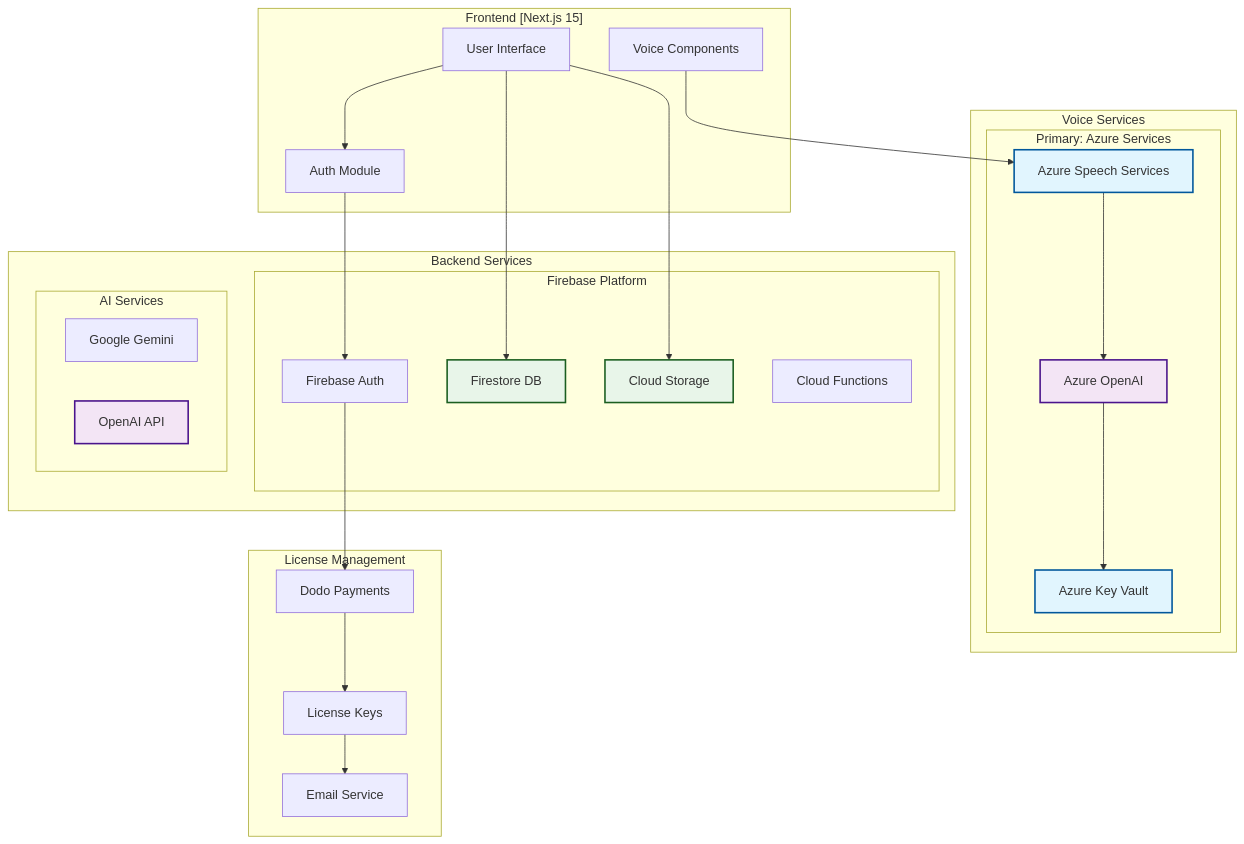
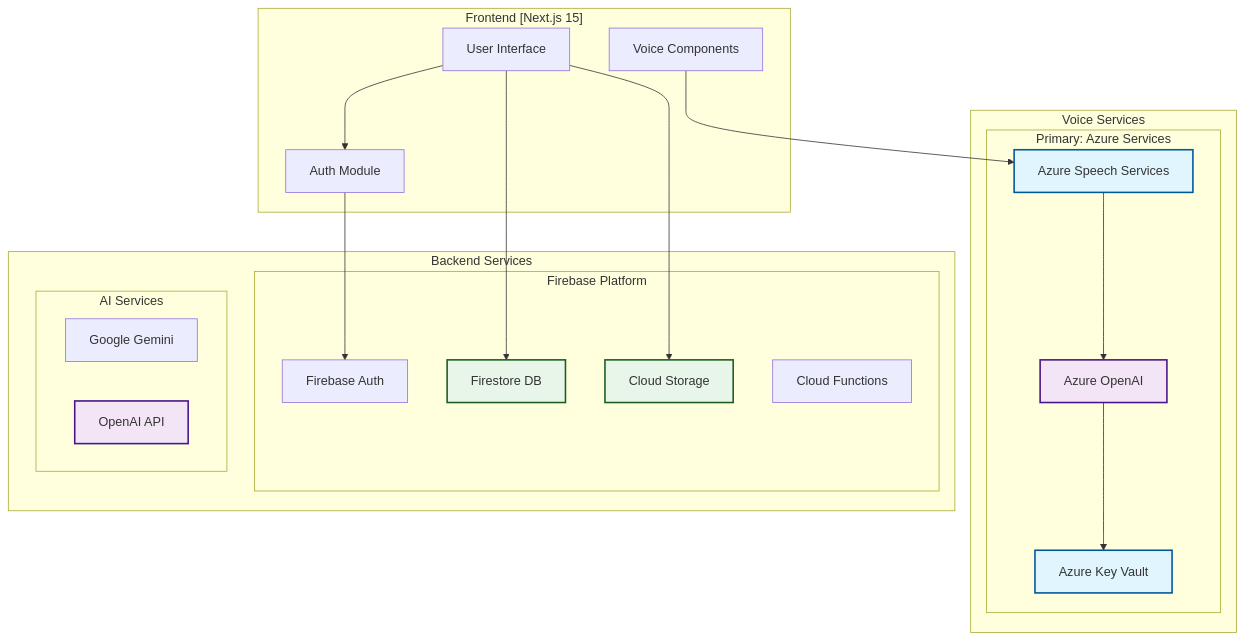
The diagram in README.md (DikshantV/PrepBettr), drawn with Mermaid before and after one commit. The commit also changed other lines of this file and 40 other files, not shown here.

````diff
--- a/README.md
+++ b/README.md
@@ -7,65 +7,55 @@
 ```mermaid
 graph TB
     %% User Interface Layer
     subgraph "Frontend [Next.js 15]"
         UI[User Interface]
         VC[Voice Components]
         Auth[Auth Module]
     end
     
     %% Voice & AI Services
     subgraph "Voice Services"
         subgraph "Primary: Azure Services"
             ASS[Azure Speech Services]
             AOA[Azure OpenAI]
             AKV[Azure Key Vault]
         end
         
     end
     
     %% Backend Services
     subgraph "Backend Services"
         subgraph "Firebase Platform"
             FA[Firebase Auth]
             FS[Firestore DB]
             FCS[Cloud Storage]
             FCF[Cloud Functions]
         end
         
         subgraph "AI Services"
             GG[Google Gemini]
             OAI[OpenAI API]
         end
     end
     
-    %% License & Payment
-    subgraph "License Management"
-        DLP[Dodo Payments]
-        LK[License Keys]
-        EM[Email Service]
-    end
     
     %% Data Flow
     UI --> Auth
     Auth --> FA
     VC --> ASS
     
     ASS --> AOA
     AOA --> AKV
     
     UI --> FS
     UI --> FCS
     
-    FA --> DLP
-    DLP --> LK
-    LK --> EM
-    
     %% Styling
     classDef primary fill:#e1f5fe,stroke:#01579b,stroke-width:2px
     classDef storage fill:#e8f5e9,stroke:#1b5e20,stroke-width:2px
     classDef ai fill:#f3e5f5,stroke:#4a148c,stroke-width:2px
     
     class ASS,AOA,AKV primary
     class FS,FCS storage
     class OAI,AOA ai
 ```
````
